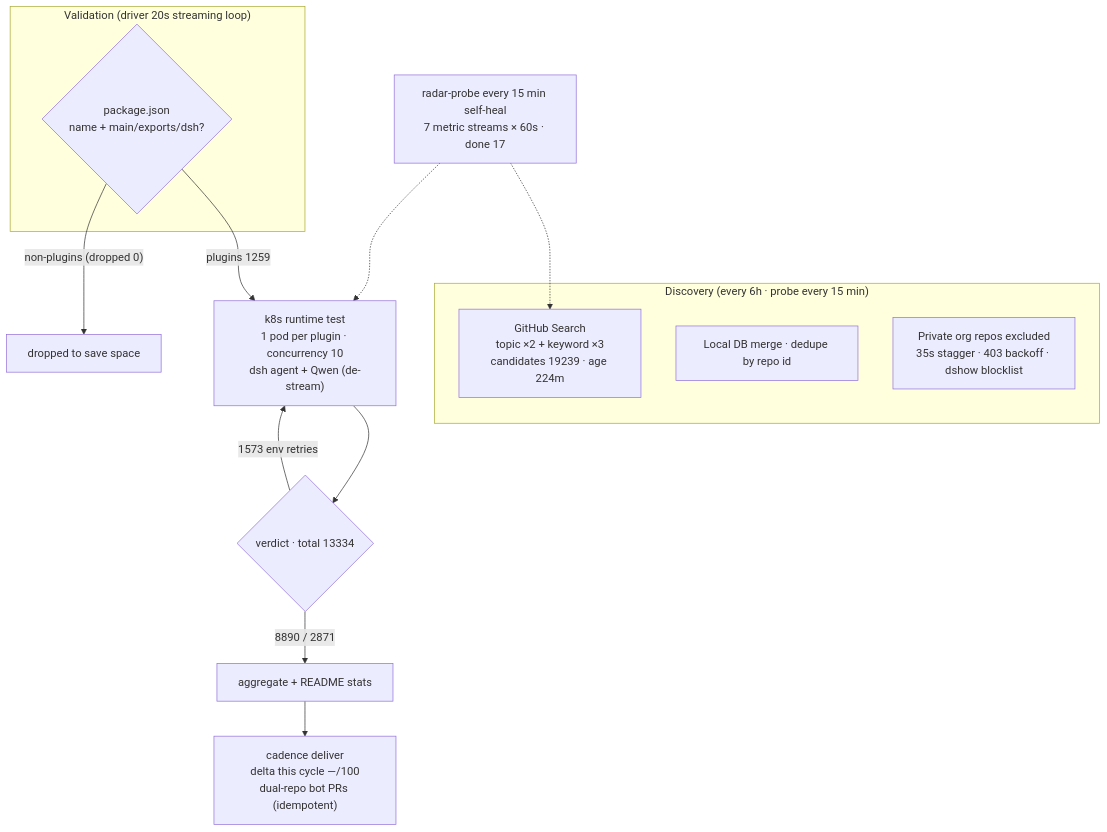
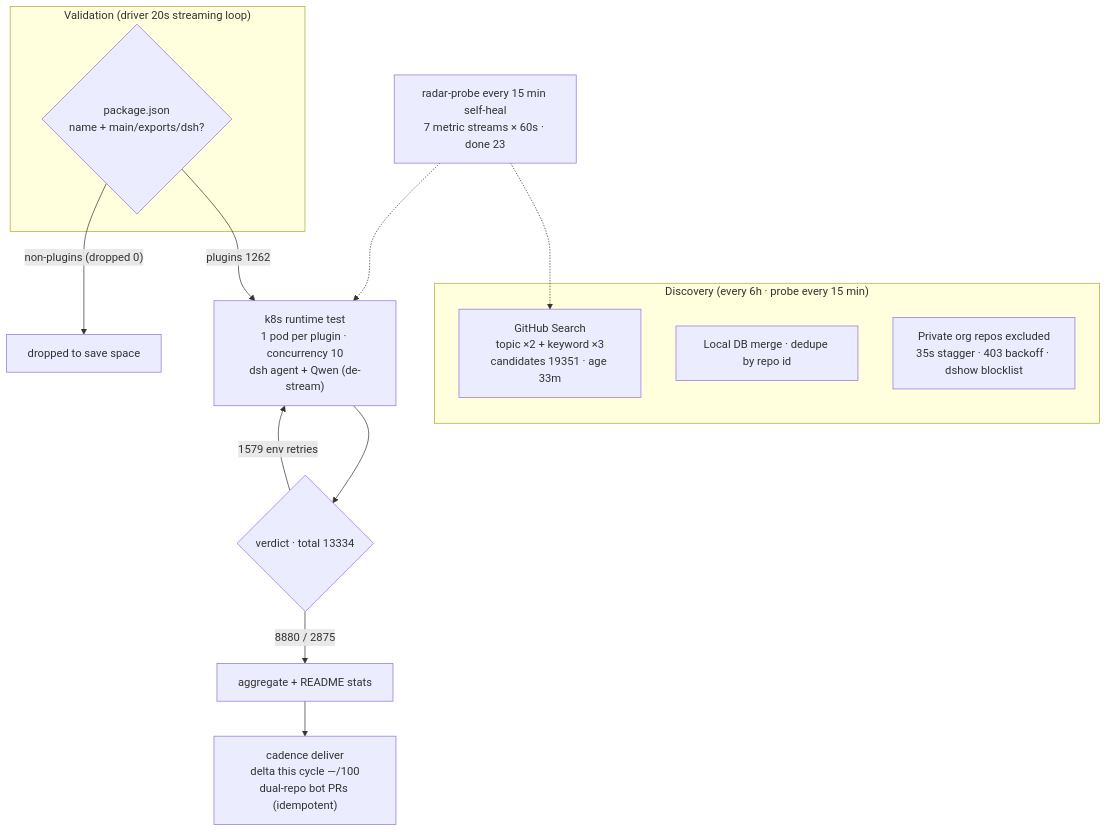
Before and after one commit to AdamPlatin123/dsh-plugin-radar: the diagram in README.en-US.md, drawn with Mermaid. The commit also changed other lines of this file and 16 other files, not shown here.

````diff
--- a/README.en-US.md
+++ b/README.en-US.md
@@ -45,20 +45,20 @@
 ```mermaid
 flowchart TB
     subgraph Discovery["Discovery (every 6h · probe every 15 min)"]
-        A1["GitHub Search<br/>topic ×2 + keyword ×3<br/>candidates 19239 · age 224m"]
+        A1["GitHub Search<br/>topic ×2 + keyword ×3<br/>candidates 19351 · age 33m"]
         A2["Local DB merge · dedupe by repo id"]
         A3["Private org repos excluded<br/>35s stagger · 403 backoff · dshow blocklist"]
     end
     subgraph Validation["Validation (driver 20s streaming loop)"]
         B1{"package.json<br/>name + main/exports/dsh?"}
     end
-    B1 -->|"plugins 1259"| C1["k8s runtime test<br/>1 pod per plugin · concurrency 10<br/>dsh agent + Qwen (de-stream)"]
+    B1 -->|"plugins 1262"| C1["k8s runtime test<br/>1 pod per plugin · concurrency 10<br/>dsh agent + Qwen (de-stream)"]
     B1 -->|"non-plugins (dropped 0)"| B3["dropped to save space"]
     C1 --> D1{"verdict · total 13334"}
-    D1 -->|"8890 / 2871"| E1["aggregate + README stats"]
-    D1 -->|"1573 env retries"| C1
+    D1 -->|"8880 / 2875"| E1["aggregate + README stats"]
+    D1 -->|"1579 env retries"| C1
     E1 --> E2["cadence deliver<br/>delta this cycle —/100<br/>dual-repo bot PRs (idempotent)"]
-    M["radar-probe every 15 min self-heal<br/>7 metric streams × 60s · done 17"]
+    M["radar-probe every 15 min self-heal<br/>7 metric streams × 60s · done 23"]
     M -.-> A1
     M -.-> C1
 ```
````
